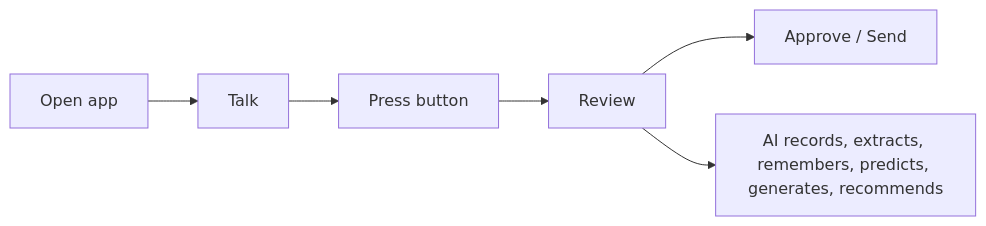
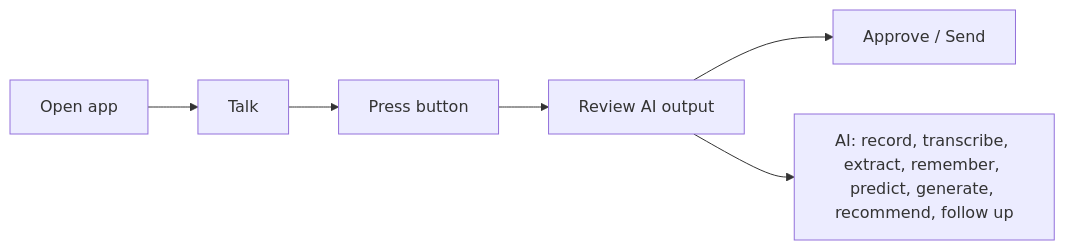
The diagram in docs/architecture/14-human-ai-interaction-model.md (Gags-31/HubSpot-AI-CRM), drawn with Mermaid before and after one commit. The commit also changed other lines of this file and 62 other files, not shown here.

````diff
--- a/docs/architecture/14-human-ai-interaction-model.md
+++ b/docs/architecture/14-human-ai-interaction-model.md
@@ -9,5 +9,5 @@
 ```mermaid
 flowchart LR
-  H1[Open app] --> H2[Talk] --> H3[Press button] --> H4[Review] --> H5[Approve / Send]
-  H4 --> AI[AI records, extracts, remembers, predicts, generates, recommends]
+  H1[Open app] --> H2[Talk] --> H3[Press button] --> H4[Review AI output] --> H5[Approve / Send]
+  H4 --> AI[AI: record, transcribe, extract, remember, predict, generate, recommend, follow up]
 ```
````
